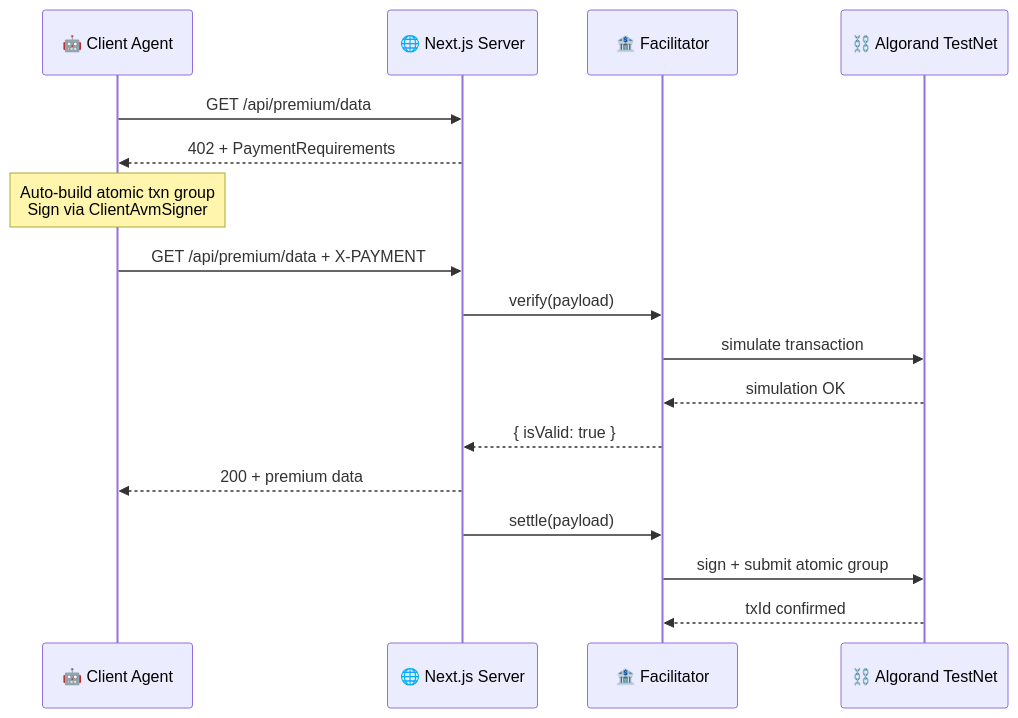
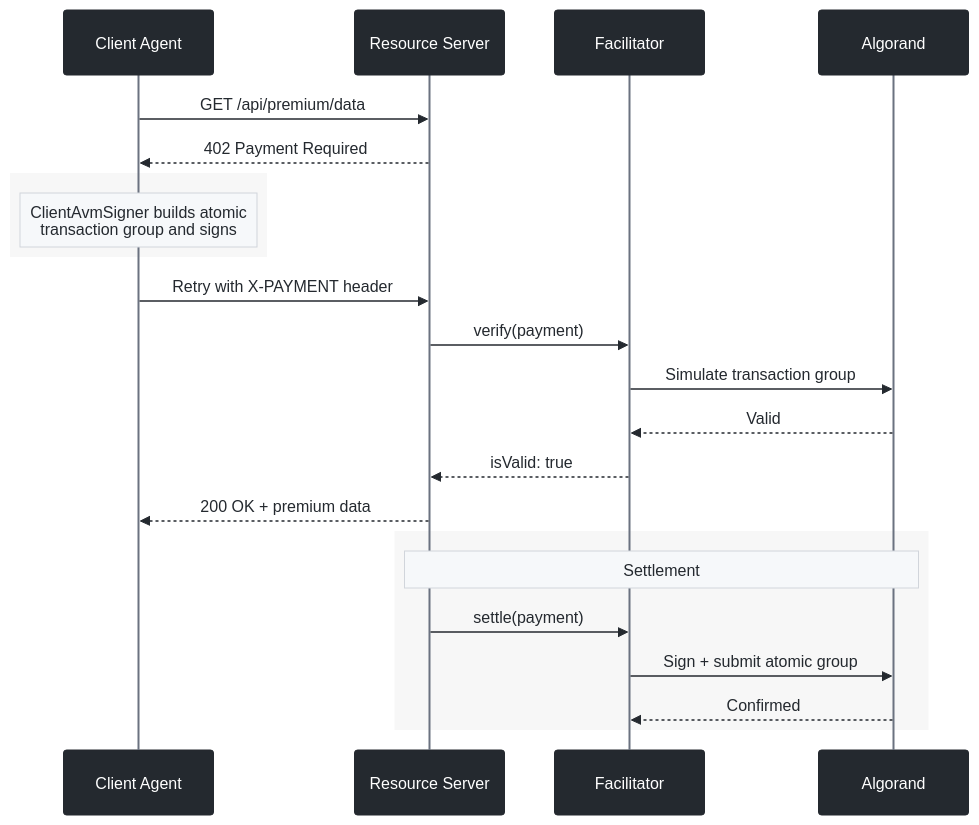
One commit to akash-kumar-45/a2a-ecommerce11 changed the second of 5 diagrams in README.md. Above: the diagram before and after it, drawn with Mermaid. The commit also changed other lines of this file, not shown here.

````diff
--- a/README.md
+++ b/README.md
@@ -136,22 +176,30 @@
 ```mermaid
+%%{init: {'theme': 'base', 'themeVariables': {'actorBkg': '#24292f', 'actorBorder': '#24292f', 'actorTextColor': '#ffffff', 'actorLineColor': '#6b7280', 'signalColor': '#24292f', 'signalTextColor': '#24292f', 'noteBkgColor': '#f6f8fa', 'noteBorderColor': '#d1d5db', 'noteTextColor': '#24292f', 'activationBorderColor': '#d1d5db', 'activationBkgColor': '#f6f8fa', 'sequenceNumberColor': '#ffffff', 'labelBoxBkgColor': '#f6f8fa', 'labelBoxBorderColor': '#d1d5db', 'labelTextColor': '#24292f', 'loopTextColor': '#24292f', 'background': '#ffffff', 'mainBkg': '#ffffff'}}}%%
+
 sequenceDiagram
-    participant C as 🤖 Client Agent
-    participant S as 🌐 Next.js Server
-    participant F as 🏦 Facilitator
-    participant A as ⛓️ Algorand TestNet
+    participant C as Client Agent
+    participant S as Resource Server
+    participant F as Facilitator
+    participant A as Algorand
 
     C->>S: GET /api/premium/data
-    S-->>C: 402 + PaymentRequirements
-    Note over C: Auto-build atomic txn group<br/>Sign via ClientAvmSigner
+    S-->>C: 402 Payment Required
 
-    C->>S: GET /api/premium/data + X-PAYMENT
-    S->>F: verify(payload)
-    F->>A: simulate transaction
-    A-->>F: simulation OK
-    F-->>S: { isValid: true }
-    S-->>C: 200 + premium data
+    rect rgba(0, 0, 0, 0.03)
+        Note over C: ClientAvmSigner builds atomic<br/>transaction group and signs
+    end
 
-    S->>F: settle(payload)
-    F->>A: sign + submit atomic group
-    A-->>F: txId confirmed
+    C->>S: Retry with X-PAYMENT header
+    S->>F: verify(payment)
+    F->>A: Simulate transaction group
+    A-->>F: Valid
+    F-->>S: isValid: true
+    S-->>C: 200 OK + premium data
+
+    rect rgba(0, 0, 0, 0.03)
+        Note over S,A: Settlement
+        S->>F: settle(payment)
+        F->>A: Sign + submit atomic group
+        A-->>F: Confirmed
+    end
 ```
````
